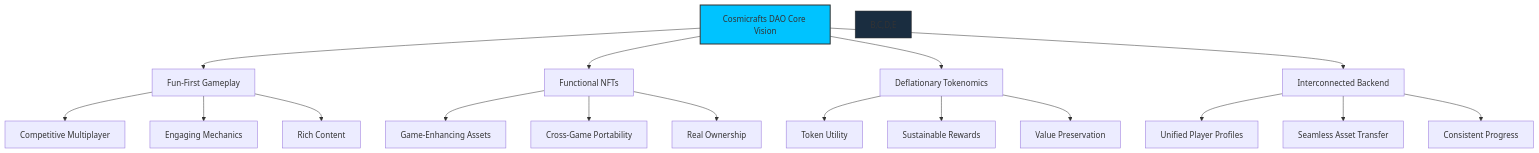
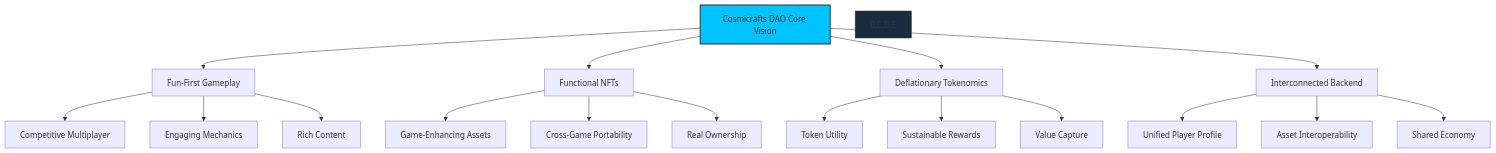
The first of 2 diagrams in src/frontend/src/assets/markdown/en/core-features.md (cosmicrafts/cosmicrafts-dao), drawn with Mermaid before and after one commit. The commit also changed other lines of this file and 5 other files, not shown here.

````diff
--- a/src/frontend/src/assets/markdown/en/core-features.md
+++ b/src/frontend/src/assets/markdown/en/core-features.md
@@ -10,26 +10,26 @@
 ```mermaid
 graph TD
     A[Cosmicrafts DAO Core Vision] --> B[Fun-First Gameplay]
     A --> C[Functional NFTs]
     A --> D[Deflationary Tokenomics]
     A --> E[Interconnected Backend]
     
     B --> B1[Competitive Multiplayer]
     B --> B2[Engaging Mechanics]
     B --> B3[Rich Content]
     
     C --> C1[Game-Enhancing Assets]
     C --> C2[Cross-Game Portability]
     C --> C3[Real Ownership]
     
     D --> D1[Token Utility]
     D --> D2[Sustainable Rewards]
-    D --> D3[Value Preservation]
+    D --> D3[Value Capture]
     
-    E --> E1[Unified Player Profiles]
-    E --> E2[Seamless Asset Transfer]
-    E --> E3[Consistent Progress]
+    E --> E1[Unified Player Profile]
+    E --> E2[Asset Interoperability]
+    E --> E3[Shared Economy]
     
     style A fill:#00c3ff,stroke:#333,stroke-width:2px
     style B,C,D,E fill:#1a2d40,stroke:#333,stroke-width:1px
 ```
````
